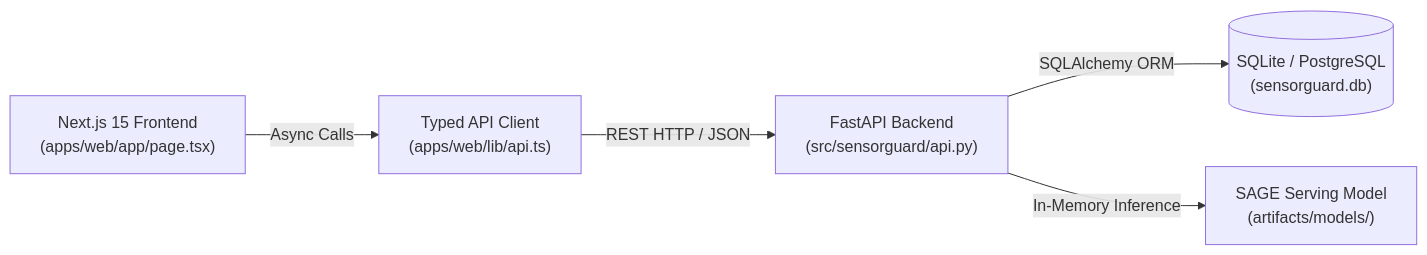
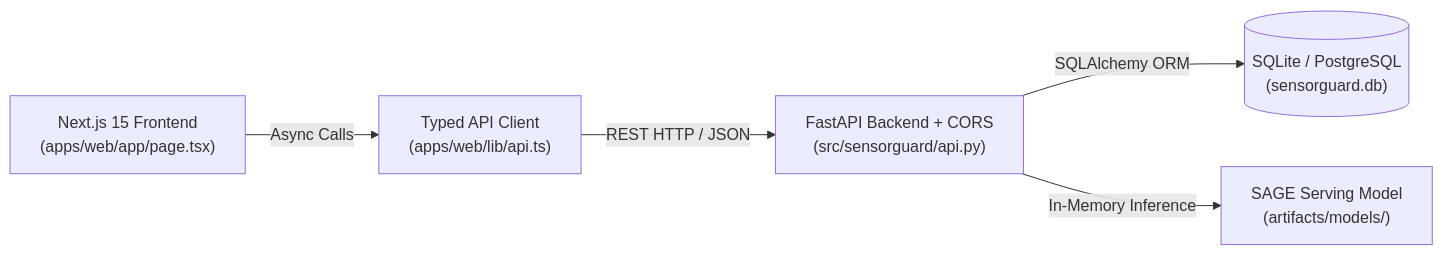
Before and after one commit to Dinesh0401/SensorGuard-AI: the diagram in docs/FRONTEND_API_CONTRACT.md, drawn with Mermaid. The commit also changed other lines of this file and 2 other files, not shown here.

Commit message:
feat: add staging dashboard frontend app, mock data, and api contract docs

````diff
--- a/docs/FRONTEND_API_CONTRACT.md
+++ b/docs/FRONTEND_API_CONTRACT.md
@@ -13,13 +14,13 @@
 ```mermaid
 flowchart LR
     UI["Next.js 15 Frontend<br/>(apps/web/app/page.tsx)"]
     Client["Typed API Client<br/>(apps/web/lib/api.ts)"]
-    API["FastAPI Backend<br/>(src/sensorguard/api.py)"]
+    API["FastAPI Backend + CORS<br/>(src/sensorguard/api.py)"]
     DB[("SQLite / PostgreSQL<br/>(sensorguard.db)")]
     Model["SAGE Serving Model<br/>(artifacts/models/)"]
 
     UI -->|Async Calls| Client
     Client -->|REST HTTP / JSON| API
     API -->|SQLAlchemy ORM| DB
     API -->|In-Memory Inference| Model
 ```
````
